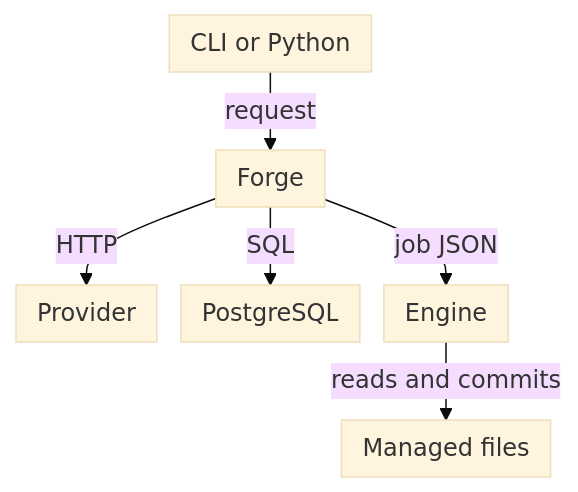
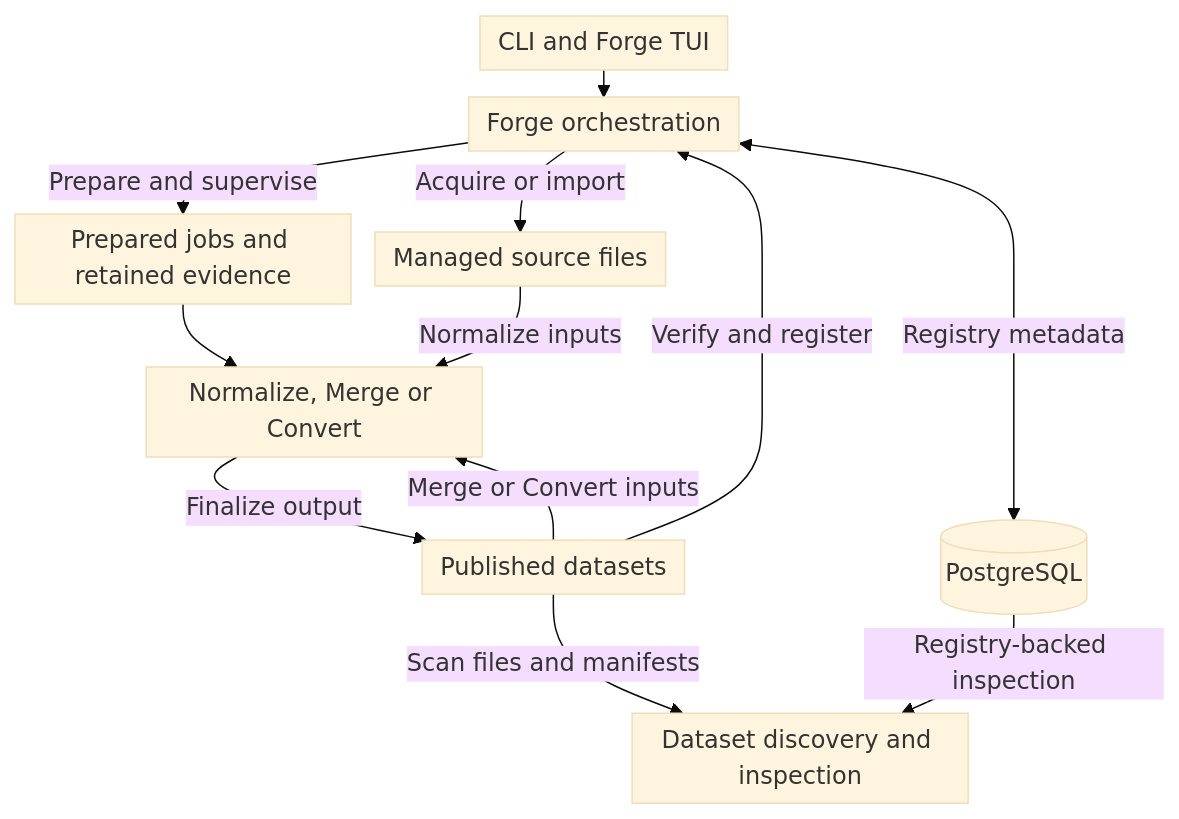
Before and after one commit to flowdrivenml/marketforge: the first of 2 diagrams in docs/content/development/architecture.md, drawn with Mermaid (base theme). The commit also changed other lines of this file and 456 other files, not shown here.

Commit message:
Enhance Forge workflows, dataset management, and documentation

````diff
--- a/docs/content/development/architecture.md
+++ b/docs/content/development/architecture.md
@@ -5,15 +5,21 @@
 ```mermaid
 ---
 config:
   flowchart:
     nodeSpacing: 16
-    rankSpacing: 28
-    padding: 7
+    rankSpacing: 18
+    padding: 6
 ---
 flowchart TB
-    API["CLI or Python"] -->|"request"| F["Forge"]
-    F -->|"HTTP"| P["Provider"]
-    F -->|"SQL"| DB["PostgreSQL"]
-    F -->|"job JSON"| E["Engine"]
-    E -->|"reads and commits"| S["Managed files"]
+    U["CLI and Forge TUI"] --> F["Forge orchestration"]
+    F <-->|"Registry metadata"| DB[("PostgreSQL")]
+    F -->|"Acquire or import"| RAW["Managed source files"]
+    F -->|"Prepare and supervise"| JOB["Prepared jobs and retained evidence"]
+    JOB --> ENG["Normalize, Merge or Convert"]
+    RAW -->|"Normalize inputs"| ENG
+    PUB["Published datasets"] -->|"Merge or Convert inputs"| ENG
+    ENG -->|"Finalize output"| PUB
+    PUB -->|"Verify and register"| F
+    PUB -->|"Scan files and manifests"| READ["Dataset discovery and inspection"]
+    DB -->|"Registry-backed inspection"| READ
 ```
````
